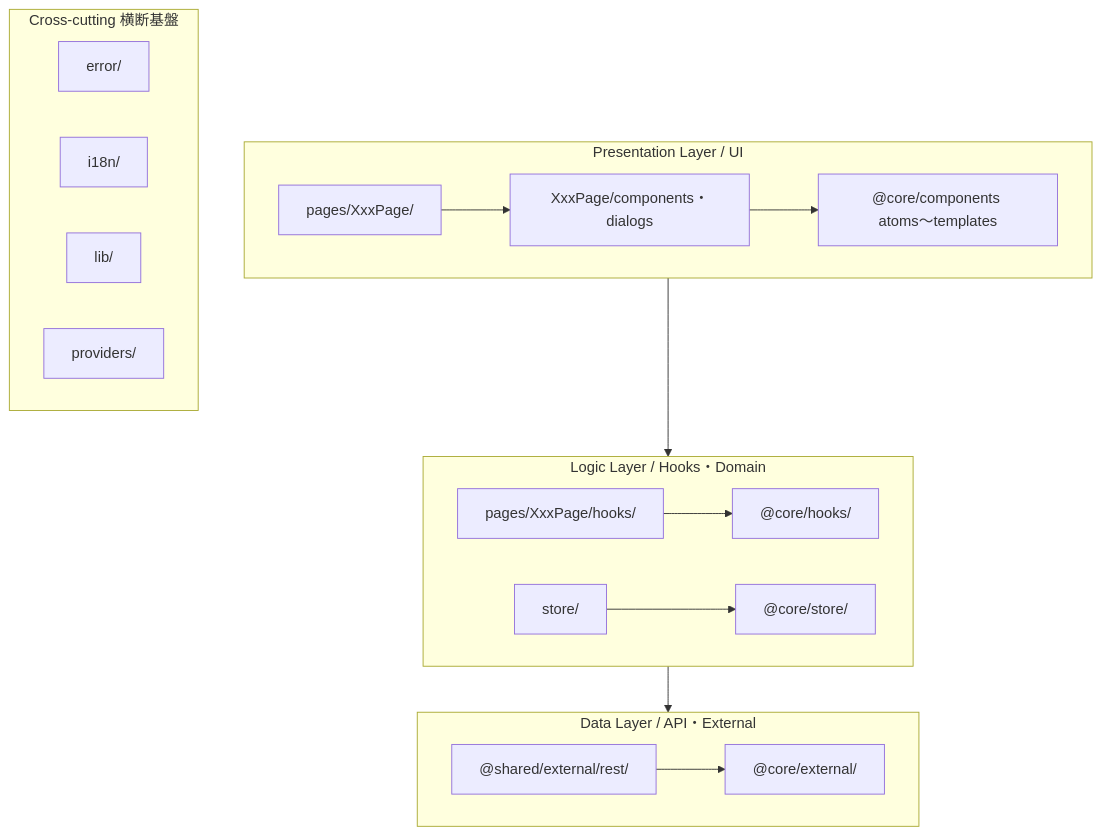
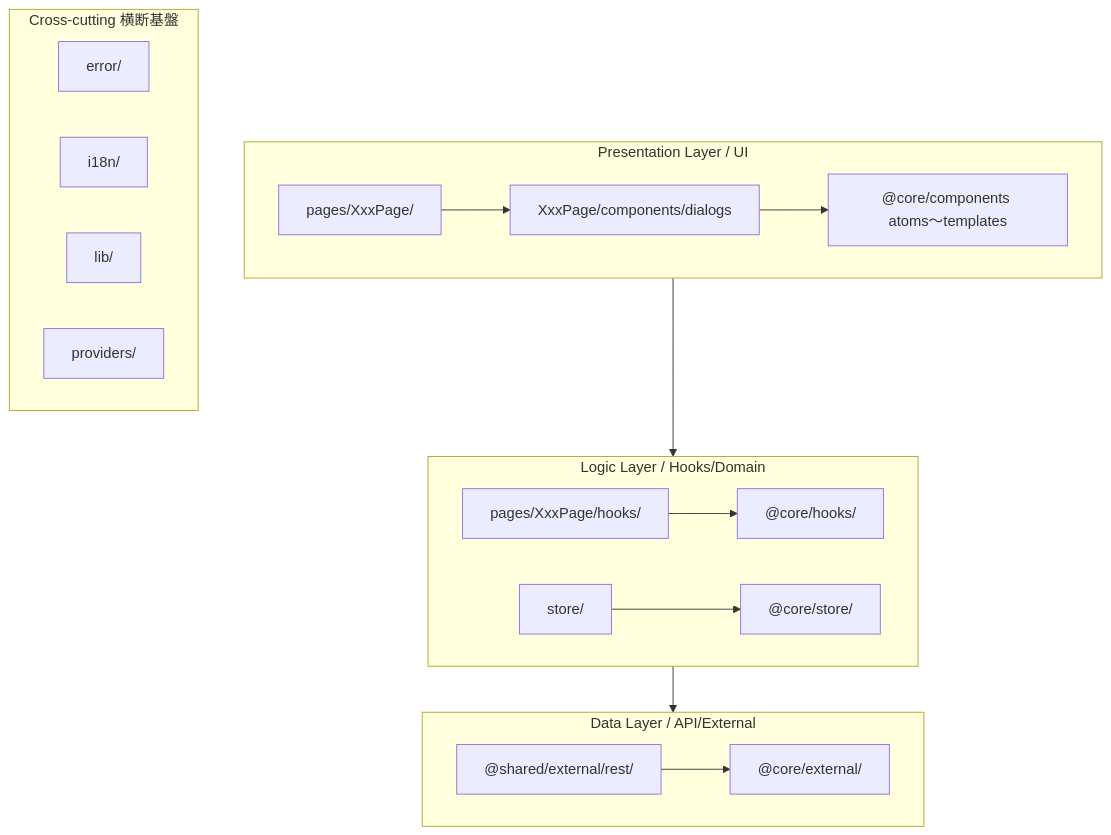
The diagram in doc/architecture.md (yatami0/CC-Skills), drawn with Mermaid before and after one commit. The commit also changed other lines of this file and 6 other files, not shown here.

````diff
--- a/doc/architecture.md
+++ b/doc/architecture.md
@@ -150,24 +150,24 @@
 ```mermaid
 flowchart TD
   subgraph P[Presentation Layer / UI]
     direction LR
-    A1["pages/XxxPage/"] --> A2["XxxPage/components・dialogs"] --> A3["@core/components atoms〜templates"]
+    A1["pages/XxxPage/"] --> A2["XxxPage/components/dialogs"] --> A3["@core/components atoms〜templates"]
   end
-  subgraph L[Logic Layer / Hooks・Domain]
+  subgraph L[Logic Layer / Hooks/Domain]
     direction LR
     B1["pages/XxxPage/hooks/"] --> B3["@core/hooks/"]
     B4["store/"] --> B5["@core/store/"]
   end
-  subgraph D[Data Layer / API・External]
+  subgraph D[Data Layer / API/External]
     direction LR
     C1["@shared/external/rest/"] --> C2["@core/external/"]
   end
   subgraph X[Cross-cutting 横断基盤]
     direction LR
     E1["error/"]
     E2["i18n/"]
     E3["lib/"]
     E4["providers/"]
   end
   P --> L --> D
 ```
````
